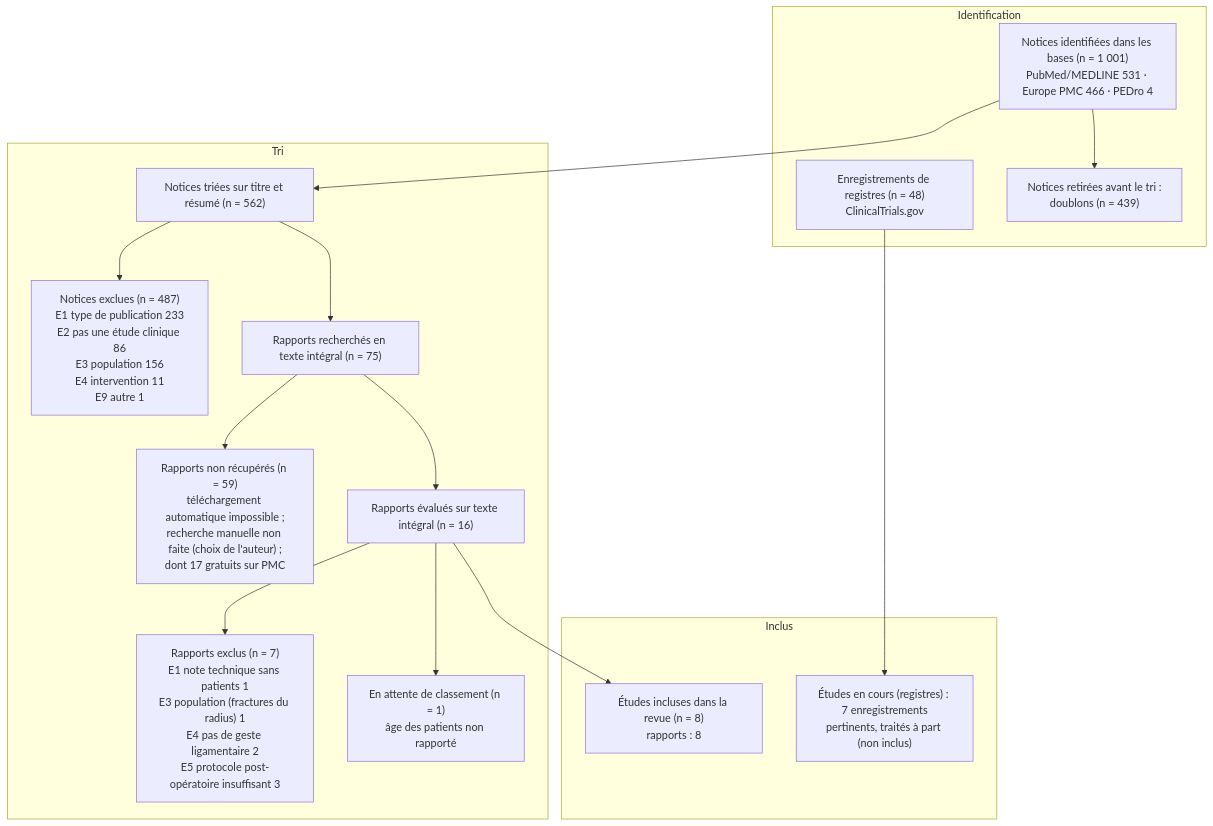
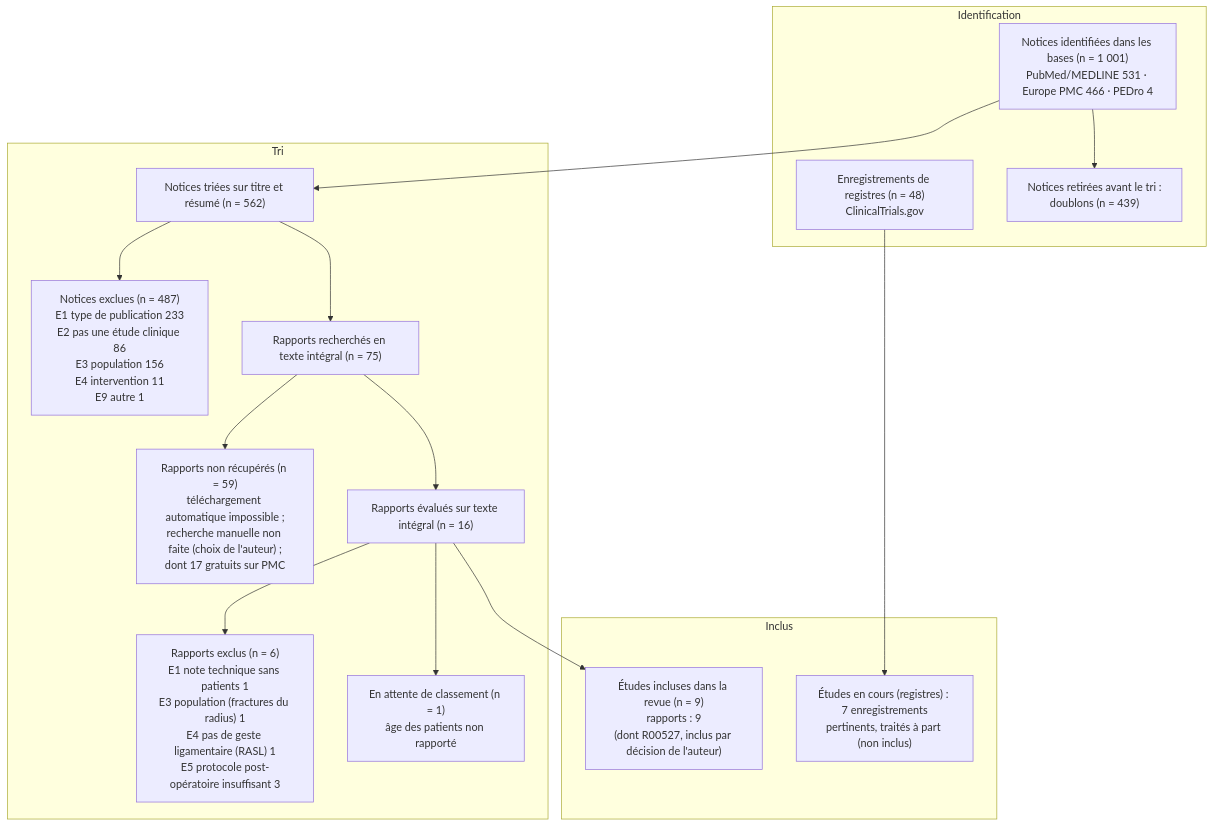
Before and after one commit to hora3008/academic-research-skills: the diagram in tfe-ligamentoplastie-SL/etape1_recherche/phase3/00_PRISMA_final.md, drawn with Mermaid. The commit also changed other lines of this file and 8 other files, not shown here.

````diff
--- a/tfe-ligamentoplastie-SL/etape1_recherche/phase3/00_PRISMA_final.md
+++ b/tfe-ligamentoplastie-SL/etape1_recherche/phase3/00_PRISMA_final.md
@@ -6,31 +6,31 @@
 ```mermaid
 flowchart TD
   subgraph ID["Identification"]
     A["Notices identifiées dans les bases (n = 1 001)<br/>PubMed/MEDLINE 531 · Europe PMC 466 · PEDro 4"]
     R["Enregistrements de registres (n = 48)<br/>ClinicalTrials.gov"]
     D["Notices retirées avant le tri :<br/>doublons (n = 439)"]
   end
   subgraph TRI["Tri"]
     S["Notices triées sur titre et résumé (n = 562)"]
     X1["Notices exclues (n = 487)<br/>E1 type de publication 233<br/>E2 pas une étude clinique 86<br/>E3 population 156<br/>E4 intervention 11<br/>E9 autre 1"]
     F["Rapports recherchés en texte intégral (n = 75)"]
     N["Rapports non récupérés (n = 59)<br/>téléchargement automatique impossible ;<br/>recherche manuelle non faite (choix de l'auteur) ;<br/>dont 17 gratuits sur PMC"]
     E["Rapports évalués sur texte intégral (n = 16)"]
-    X2["Rapports exclus (n = 7)<br/>E1 note technique sans patients 1<br/>E3 population (fractures du radius) 1<br/>E4 pas de geste ligamentaire 2<br/>E5 protocole post-opératoire insuffisant 3"]
+    X2["Rapports exclus (n = 6)<br/>E1 note technique sans patients 1<br/>E3 population (fractures du radius) 1<br/>E4 pas de geste ligamentaire (RASL) 1<br/>E5 protocole post-opératoire insuffisant 3"]
     U["En attente de classement (n = 1)<br/>âge des patients non rapporté"]
   end
   subgraph INC["Inclus"]
-    I["Études incluses dans la revue (n = 8)<br/>rapports : 8"]
+    I["Études incluses dans la revue (n = 9)<br/>rapports : 9<br/>(dont R00527, inclus par décision de l'auteur)"]
     O["Études en cours (registres) : 7 enregistrements<br/>pertinents, traités à part (non inclus)"]
   end
   A --> D
   A --> S
   S --> X1
   S --> F
   F --> N
   F --> E
   E --> X2
   E --> U
   E --> I
   R --> O
 ```
````
